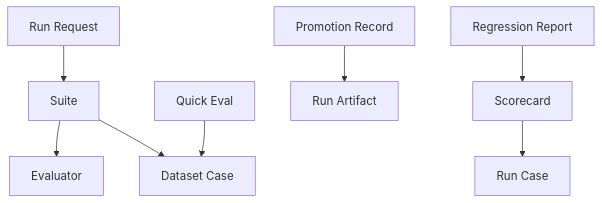
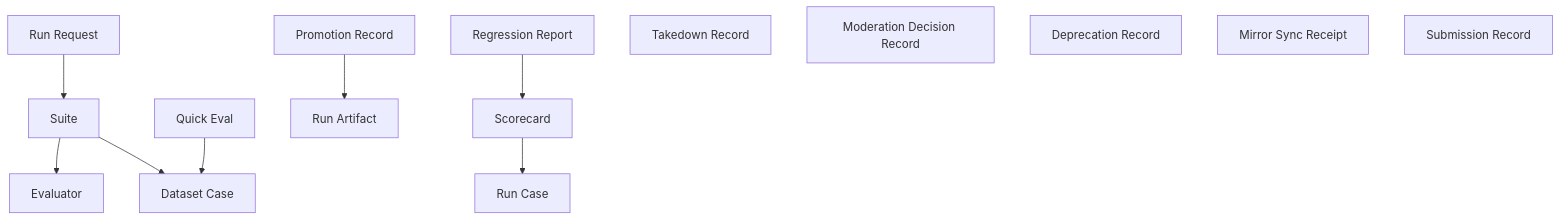
Before and after one commit to BintzGavin/apastra: the diagram in docs/dashboards/schema-dependency-graph.md, drawn with Mermaid. The commit also changed 13 other files, not shown here.

````diff
--- a/docs/dashboards/schema-dependency-graph.md
+++ b/docs/dashboards/schema-dependency-graph.md
@@ -12,10 +12,15 @@
 ```mermaid
 graph TD
   A[Run Request] --> B[Suite]
   B --> C[Evaluator]
   B --> D[Dataset]
   E[Scorecard] --> F[Run Case]
   G[Regression Report] --> E
   H[Promotion Record] --> I[Run Artifact]
   J[Quick Eval] --> D[Dataset Case]
+  K[Takedown Record]
+  L[Moderation Decision Record]
+  M[Deprecation Record]
+  N[Mirror Sync Receipt]
+  O[Submission Record]
 ```
````
